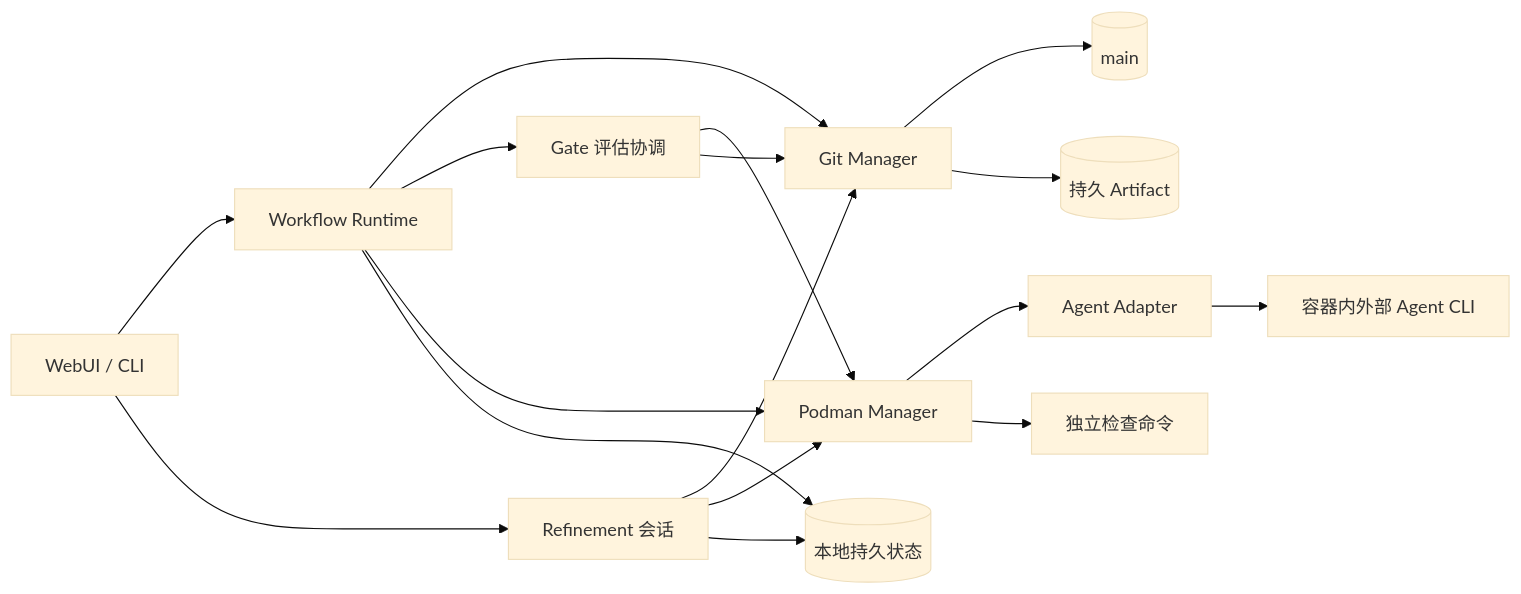
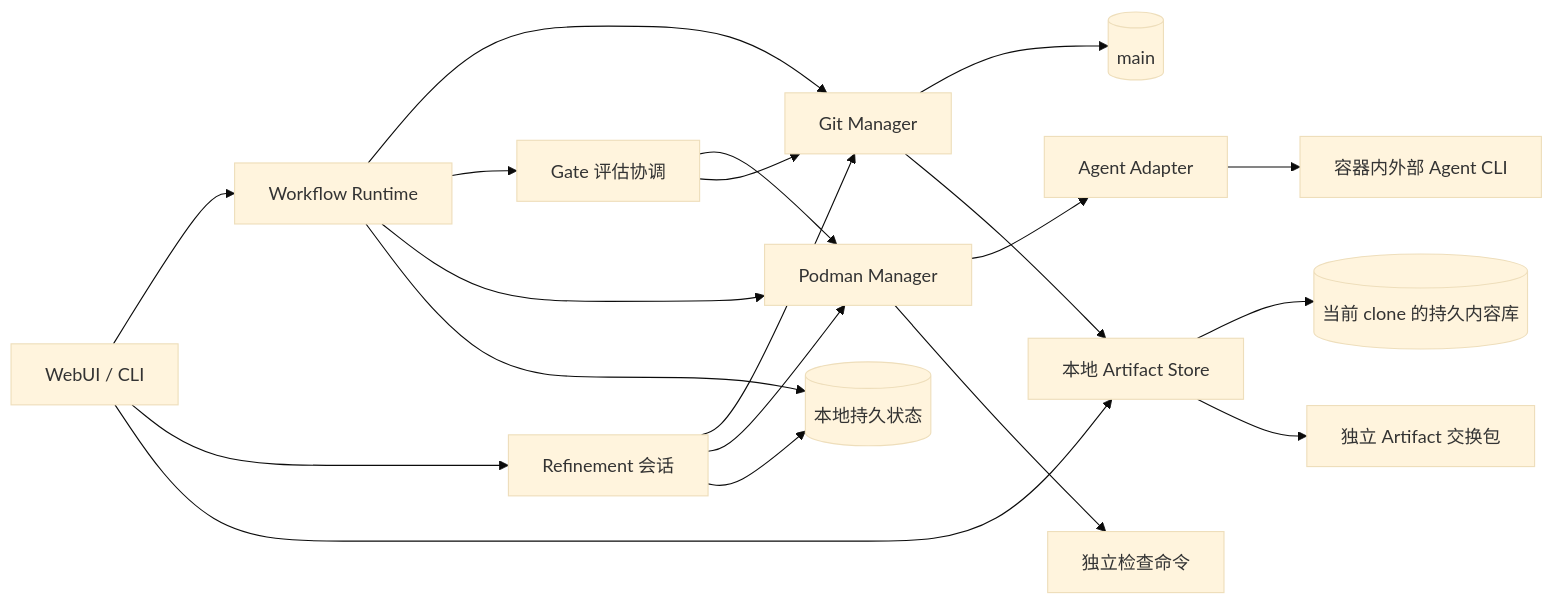
One commit to LingMessy/facetloom changed the first of 2 diagrams in design/05-services.md. Above: the diagram before and after it, drawn with Mermaid (base theme). The commit also changed other lines of this file and 9 other files, not shown here.

First line of the commit message:
完善本地 Artifact 存储与跨 clone 交换设计

````diff
--- a/design/05-services.md
+++ b/design/05-services.md
@@ -7,19 +7,22 @@
 ```mermaid
 flowchart LR
     UI[WebUI / CLI] --> RT[Workflow Runtime]
     UI --> RF[Refinement 会话]
     RT --> GM[Git Manager]
     RF --> GM
     RT --> GE[Gate 评估协调]
     GE --> PM[Podman Manager]
     GE --> GM
     RT --> PM
     RF --> PM
     PM --> AD[Agent Adapter]
     AD --> EA[容器内外部 Agent CLI]
     PM --> CK[独立检查命令]
     GM --> Main[(main)]
-    GM --> Artifact[(持久 Artifact)]
+    GM --> AS[本地 Artifact Store]
+    UI --> AS
+    AS --> Artifact[(当前 clone 的持久内容库)]
+    AS --> Exchange[独立 Artifact 交换包]
     RT --> Local[(本地持久状态)]
     RF --> Local
 ```
````
